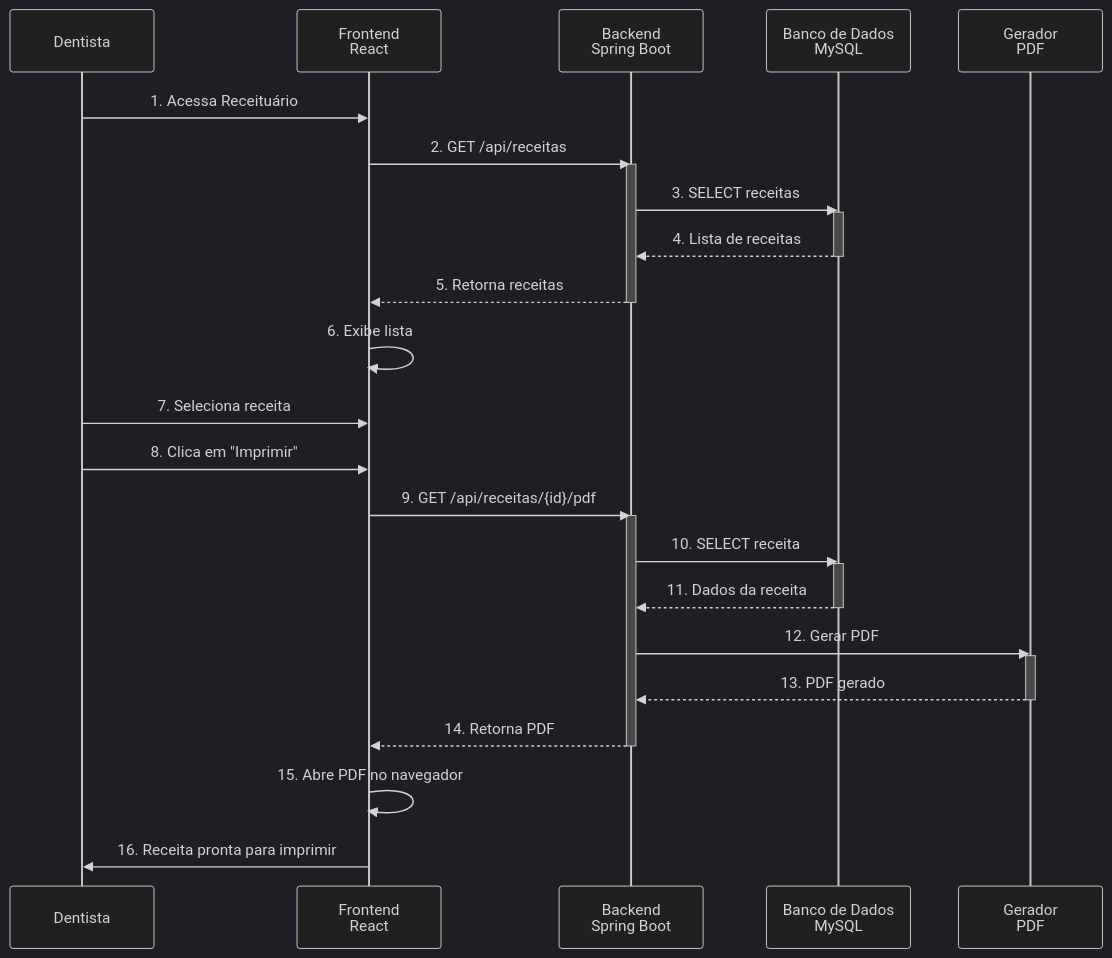
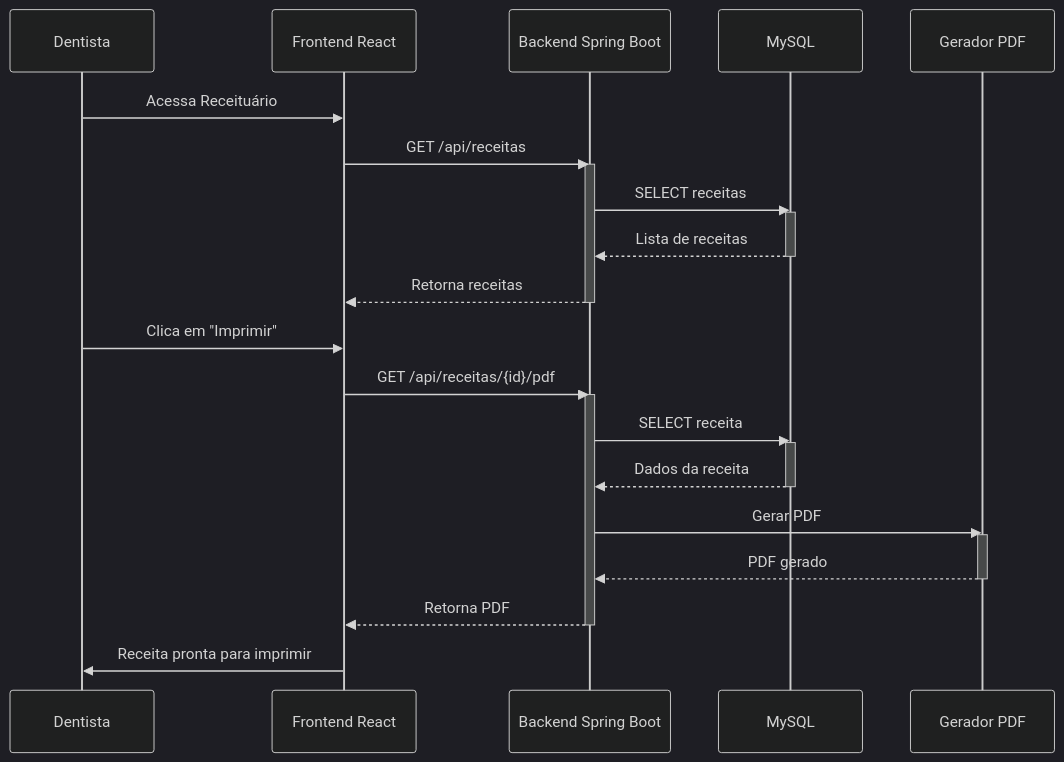
Before and after one commit to grsantos56/clinica-odontologica: the fifth of 9 diagrams in README.md, drawn with Mermaid (dark theme). The commit also changed other lines of this file, not shown here.

````diff
--- a/README.md
+++ b/README.md
@@ -1570,41 +612,32 @@
 ```mermaid
 sequenceDiagram
     participant Dentista
-    participant Frontend as Frontend<br/>React
-    participant Backend as Backend<br/>Spring Boot
-    participant BD as Banco de Dados<br/>MySQL
-    participant PDF as Gerador<br/>PDF
+    participant Frontend as Frontend React
+    participant Backend as Backend Spring Boot
+    participant BD as MySQL
+    participant PDF as Gerador PDF
 
-    Dentista->>Frontend: 1. Acessa Receituário
-    Frontend->>Backend: 2. GET /api/receitas
+    Dentista->>Frontend: Acessa Receituário
+    Frontend->>Backend: GET /api/receitas
     activate Backend
-    Backend->>BD: 3. SELECT receitas
+    Backend->>BD: SELECT receitas
     activate BD
-    BD-->>Backend: 4. Lista de receitas
+    BD-->>Backend: Lista de receitas
     deactivate BD
-    Backend-->>Frontend: 5. Retorna receitas
+    Backend-->>Frontend: Retorna receitas
     deactivate Backend
-    
-    Frontend->>Frontend: 6. Exibe lista
-    Dentista->>Frontend: 7. Seleciona receita
-    Dentista->>Frontend: 8. Clica em "Imprimir"
-    
-    Frontend->>Backend: 9. GET /api/receitas/{id}/pdf
+    Dentista->>Frontend: Clica em "Imprimir"
+    Frontend->>Backend: GET /api/receitas/{id}/pdf
     activate Backend
-    Backend->>BD: 10. SELECT receita
+    Backend->>BD: SELECT receita
     activate BD
-    BD-->>Backend: 11. Dados da receita
+    BD-->>Backend: Dados da receita
     deactivate BD
-    
-    Backend->>PDF: 12. Gerar PDF
+    Backend->>PDF: Gerar PDF
     activate PDF
-    PDF-->>Backend: 13. PDF gerado
+    PDF-->>Backend: PDF gerado
     deactivate PDF
-    
-    Backend-->>Frontend: 14. Retorna PDF
+    Backend-->>Frontend: Retorna PDF
     deactivate Backend
-    
-    Frontend->>Frontend: 15. Abre PDF no navegador
-    Frontend->>Dentista: 16. Receita pronta para imprimir
-
+    Frontend->>Dentista: Receita pronta para imprimir
 ```
````
